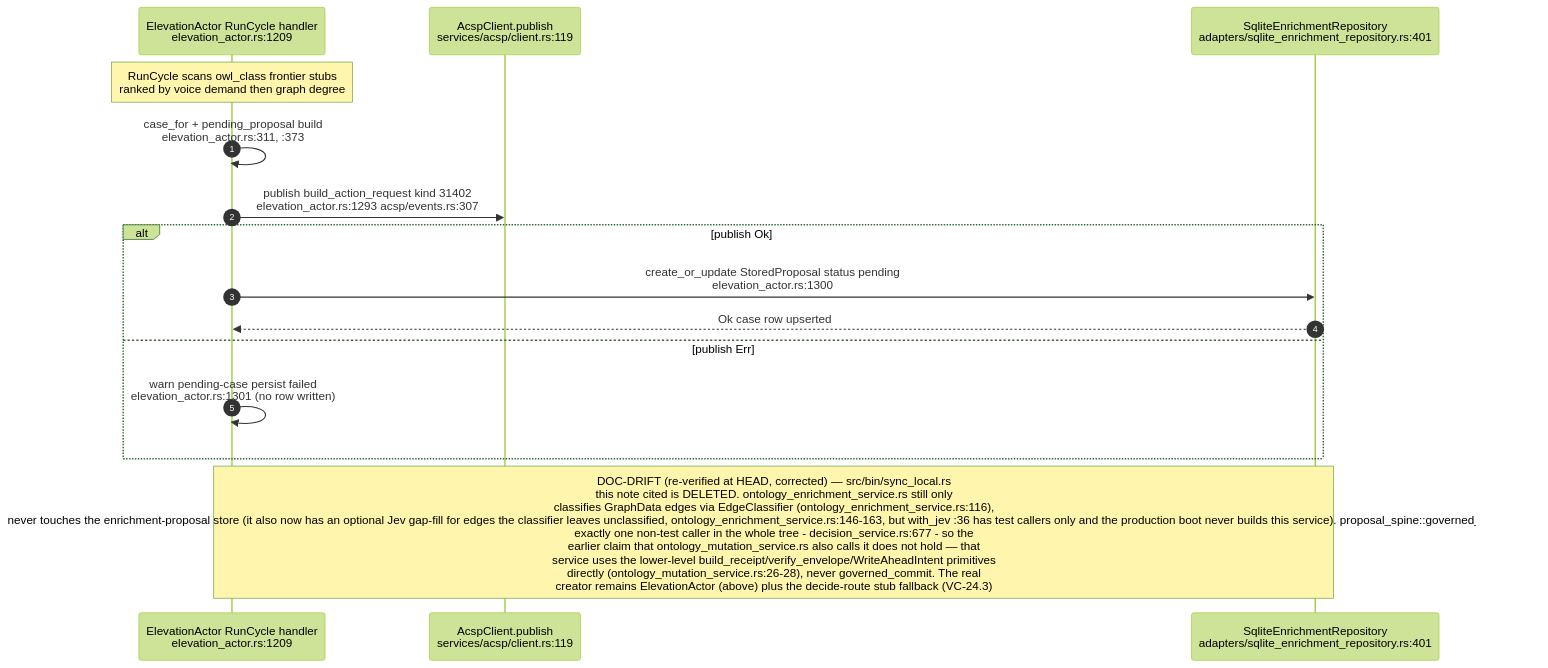
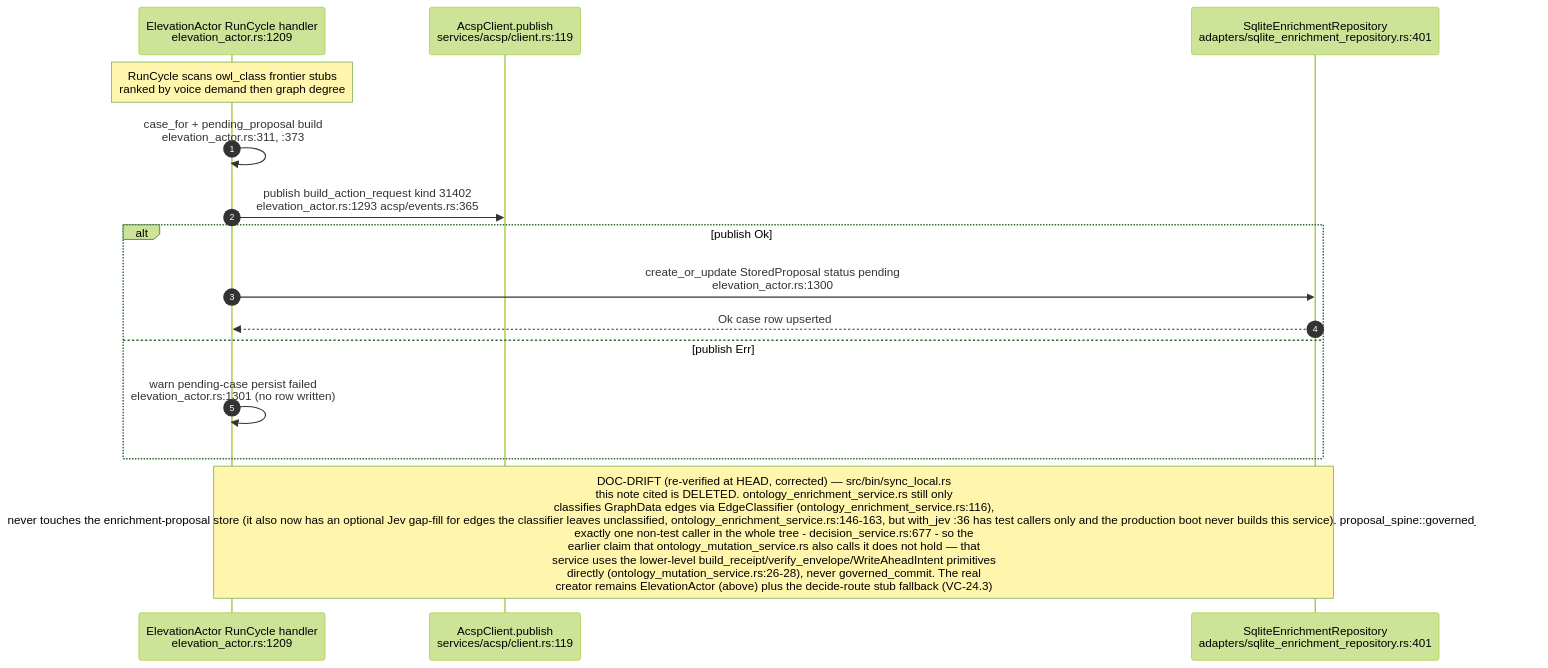
The second of 12 diagrams in docs/diagrams/visionclaw/24-acsp-decision-elevation.md (DreamLab-AI/VisionFlow), drawn with Mermaid (forest theme) before and after one commit. The commit also changed other lines of this file and 7 other files, not shown here.

````diff
--- a/docs/diagrams/visionclaw/24-acsp-decision-elevation.md
+++ b/docs/diagrams/visionclaw/24-acsp-decision-elevation.md
@@ -86,17 +86,17 @@
 ```mermaid
 sequenceDiagram
     autonumber
     participant EA as ElevationActor RunCycle handler<br/>elevation_actor.rs:1209
     participant ACSP as AcspClient.publish<br/>services/acsp/client.rs:119
     participant REPO as SqliteEnrichmentRepository<br/>adapters/sqlite_enrichment_repository.rs:401
     Note over EA: RunCycle scans owl_class frontier stubs<br/>ranked by voice demand then graph degree
     EA->>EA: case_for + pending_proposal build<br/>elevation_actor.rs:311, :373
-    EA->>ACSP: publish build_action_request kind 31402<br/>elevation_actor.rs:1293 acsp/events.rs:307
+    EA->>ACSP: publish build_action_request kind 31402<br/>elevation_actor.rs:1293 acsp/events.rs:365
     alt publish Ok
         EA->>REPO: create_or_update StoredProposal status pending<br/>elevation_actor.rs:1300
         REPO-->>EA: Ok case row upserted
     else publish Err
         EA->>EA: warn pending-case persist failed<br/>elevation_actor.rs:1301 (no row written)
     end
     Note over EA,REPO: DOC-DRIFT (re-verified at HEAD, corrected) — src/bin/sync_local.rs<br/>this note cited is DELETED. ontology_enrichment_service.rs still only<br/>classifies GraphData edges via EdgeClassifier (ontology_enrichment_service.rs:116),<br/>never touches the enrichment-proposal store (it also now has an optional Jev gap-fill for edges the classifier leaves unclassified, ontology_enrichment_service.rs:146-163, but with_jev :36 has test callers only and the production boot never builds this service). proposal_spine::governed_commit has<br/>exactly one non-test caller in the whole tree - decision_service.rs:677 - so the<br/>earlier claim that ontology_mutation_service.rs also calls it does not hold — that<br/>service uses the lower-level build_receipt/verify_envelope/WriteAheadIntent primitives<br/>directly (ontology_mutation_service.rs:26-28), never governed_commit. The real<br/>creator remains ElevationActor (above) plus the decide-route stub fallback (VC-24.3)
 ```
````
